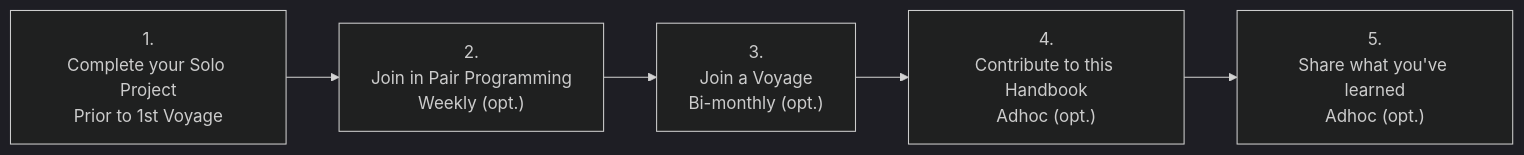
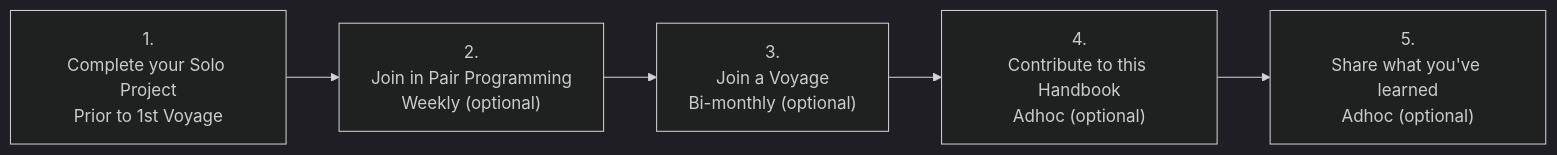
The diagram in README.md (chingu-voyages/Handbook), drawn with Mermaid (dark theme) before and after one commit.

Commit message:
Feature: Change 'opt.' to 'optional' to add clarity

````diff
--- a/README.md
+++ b/README.md
@@ -49,7 +49,7 @@
 ```mermaid
 graph LR
-    A["1.\nComplete your Solo Project\nPrior to 1st Voyage"] --> B["2.\nJoin in Pair Programming\nWeekly (opt.)"]
-    B --> C["3.\nJoin a Voyage\nBi-monthly (opt.)"]
-    C --> D["4.\nContribute to this Handbook\nAdhoc (opt.)"]
-    D --> E["5.\nShare what you've learned\nAdhoc (opt.)"]
+    A["1.\nComplete your Solo Project\nPrior to 1st Voyage"] --> B["2.\nJoin in Pair Programming\nWeekly (optional)"]
+    B --> C["3.\nJoin a Voyage\nBi-monthly (optional)"]
+    C --> D["4.\nContribute to this Handbook\nAdhoc (optional)"]
+    D --> E["5.\nShare what you've learned\nAdhoc (optional)"]
 ```
````
